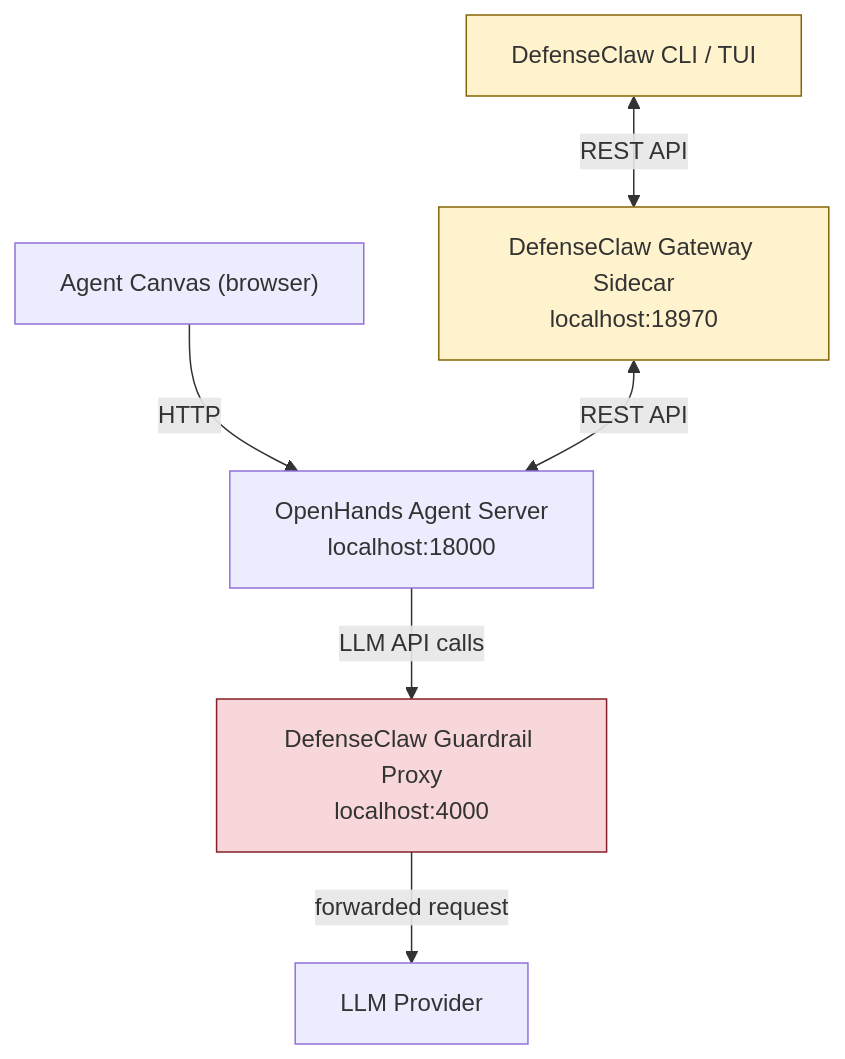
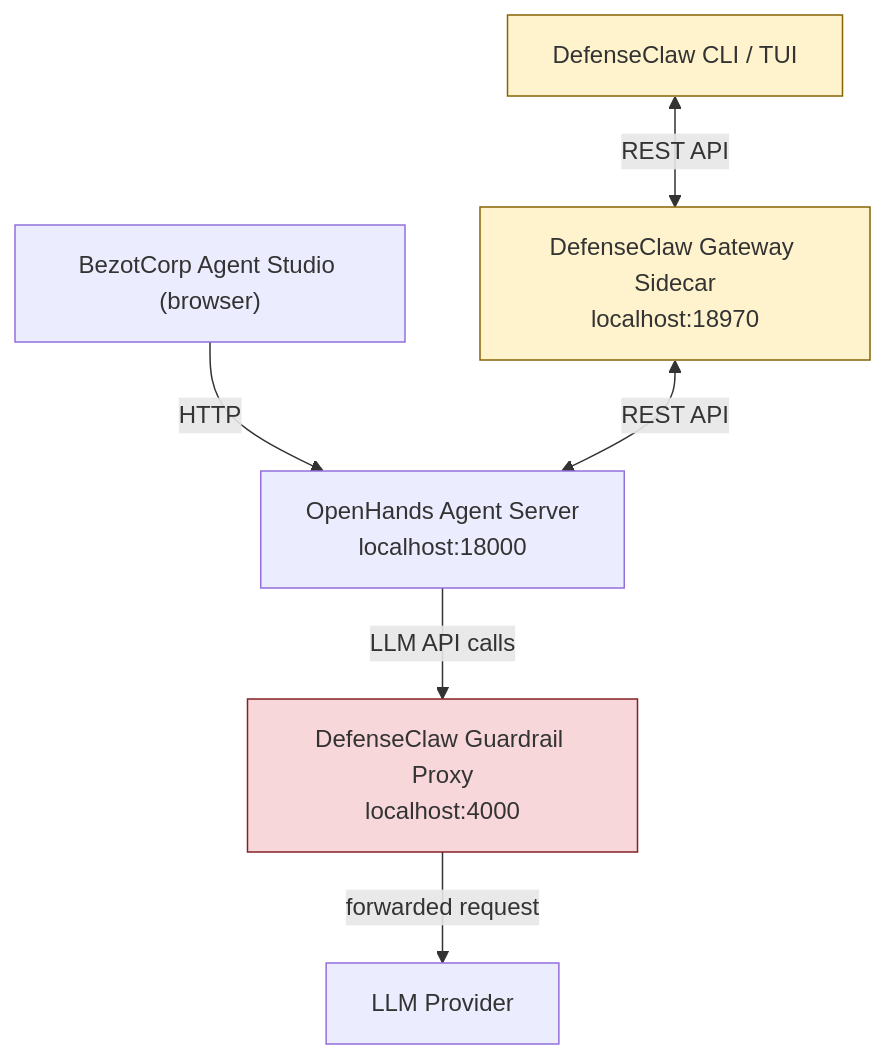
The diagram in agent-studio/docs/DefenseClaw.md (BezotCorp/bezotcorp-studio), drawn with Mermaid before and after one commit. The commit also changed other lines of this file and 87 other files, not shown here.

Commit message:
chore: rebrand workspace as BezotCorp Studio

````diff
--- a/agent-studio/docs/DefenseClaw.md
+++ b/agent-studio/docs/DefenseClaw.md
@@ -11,19 +11,19 @@
 ```mermaid
 flowchart TD
-    UI["Agent Canvas (browser)"]
+    UI["BezotCorp Agent Studio (browser)"]
     AS["OpenHands Agent Server\nlocalhost:18000"]
     GP["DefenseClaw Guardrail Proxy\nlocalhost:4000"]
     LLM["LLM Provider"]
     GW["DefenseClaw Gateway Sidecar\nlocalhost:18970"]
     CLI["DefenseClaw CLI / TUI"]
 
     UI -->|HTTP| AS
     AS -->|LLM API calls| GP
     GP -->|forwarded request| LLM
     GW <-->|REST API| AS
     CLI <-->|REST API| GW
 
     style GW fill:#fff3cd,stroke:#856404
     style CLI fill:#fff3cd,stroke:#856404
     style GP fill:#f8d7da,stroke:#842029
 ```
````
